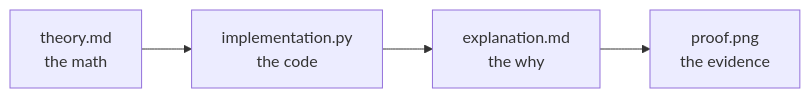
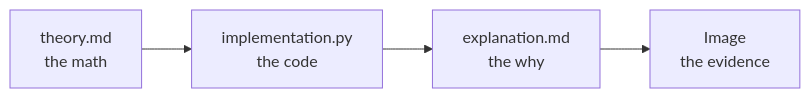
One commit to Ayush-2703/Large_languaage_Models changed the first of 2 diagrams in README.md. Above: the diagram before and after it, drawn with Mermaid. The commit also changed other lines of this file, not shown here.

First line of the commit message:
Rename proof.png to Image in documentation

````diff
--- a/README.md
+++ b/README.md
@@ -66,6 +66,6 @@
 ```mermaid
 flowchart LR
     A["theory.md<br/>the math"] --> B["implementation.py<br/>the code"]
     B --> C["explanation.md<br/>the why"]
-    C --> D["proof.png<br/>the evidence"]
+    C --> D["Image<br/>the evidence"]
 ```
````
